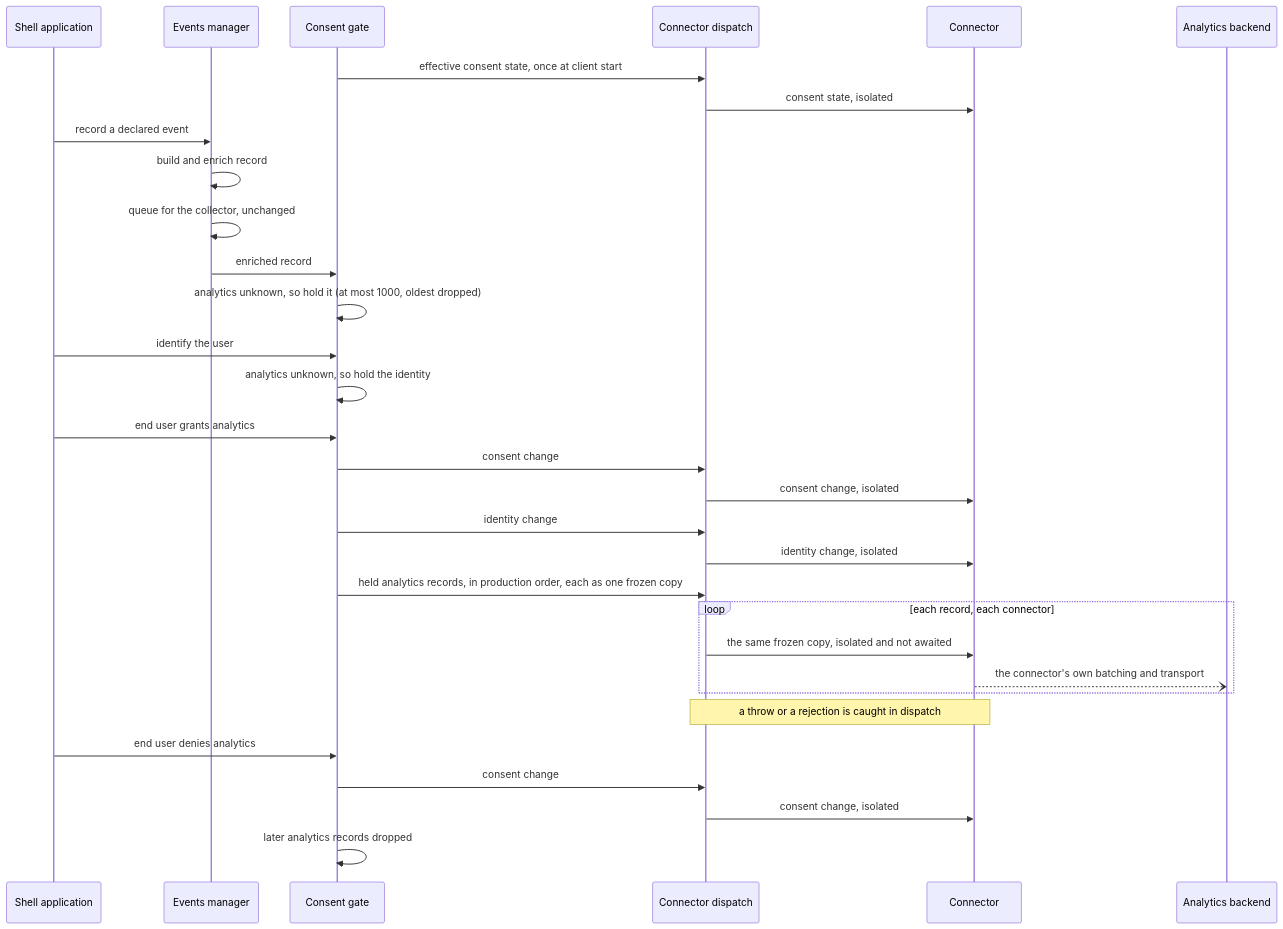
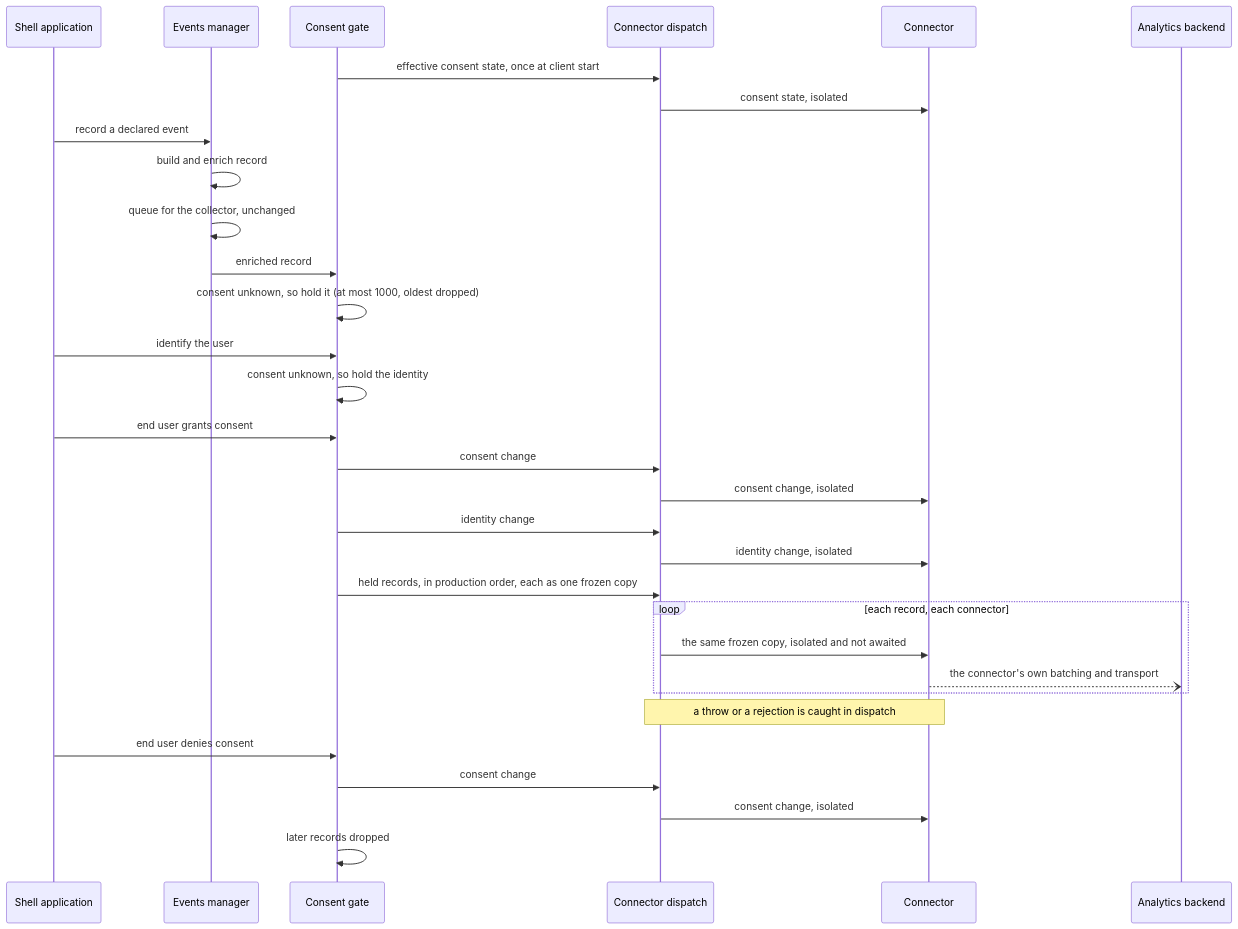
Before and after one commit to tscbmstubp/gears-frontx: the fifth of 8 diagrams in packages/telemetry/architecture/DESIGN.md, drawn with Mermaid. The commit also changed other lines of this file, not shown here.

First line of the commit message:
docs(telemetry): align the design with one consent state

````diff
--- a/packages/telemetry/architecture/DESIGN.md
+++ b/packages/telemetry/architecture/DESIGN.md
@@ -1038,33 +1036,33 @@
 ```mermaid
 sequenceDiagram
     participant App as Shell application
     participant Ev as Events manager
     participant Gate as Consent gate
     participant Disp as Connector dispatch
     participant Con as Connector
     participant Be as Analytics backend
     Gate->>Disp: effective consent state, once at client start
     Disp->>Con: consent state, isolated
     App->>Ev: record a declared event
     Ev->>Ev: build and enrich record
     Ev->>Ev: queue for the collector, unchanged
     Ev->>Gate: enriched record
-    Gate->>Gate: analytics unknown, so hold it (at most 1000, oldest dropped)
+    Gate->>Gate: consent unknown, so hold it (at most 1000, oldest dropped)
     App->>Gate: identify the user
-    Gate->>Gate: analytics unknown, so hold the identity
-    App->>Gate: end user grants analytics
+    Gate->>Gate: consent unknown, so hold the identity
+    App->>Gate: end user grants consent
     Gate->>Disp: consent change
     Disp->>Con: consent change, isolated
     Gate->>Disp: identity change
     Disp->>Con: identity change, isolated
-    Gate->>Disp: held analytics records, in production order, each as one frozen copy
+    Gate->>Disp: held records, in production order, each as one frozen copy
     loop each record, each connector
         Disp->>Con: the same frozen copy, isolated and not awaited
         Con--)Be: the connector's own batching and transport
     end
     Note over Disp,Con: a throw or a rejection is caught in dispatch
-    App->>Gate: end user denies analytics
+    App->>Gate: end user denies consent
     Gate->>Disp: consent change
     Disp->>Con: consent change, isolated
-    Gate->>Gate: later analytics records dropped
+    Gate->>Gate: later records dropped
 ```
````
